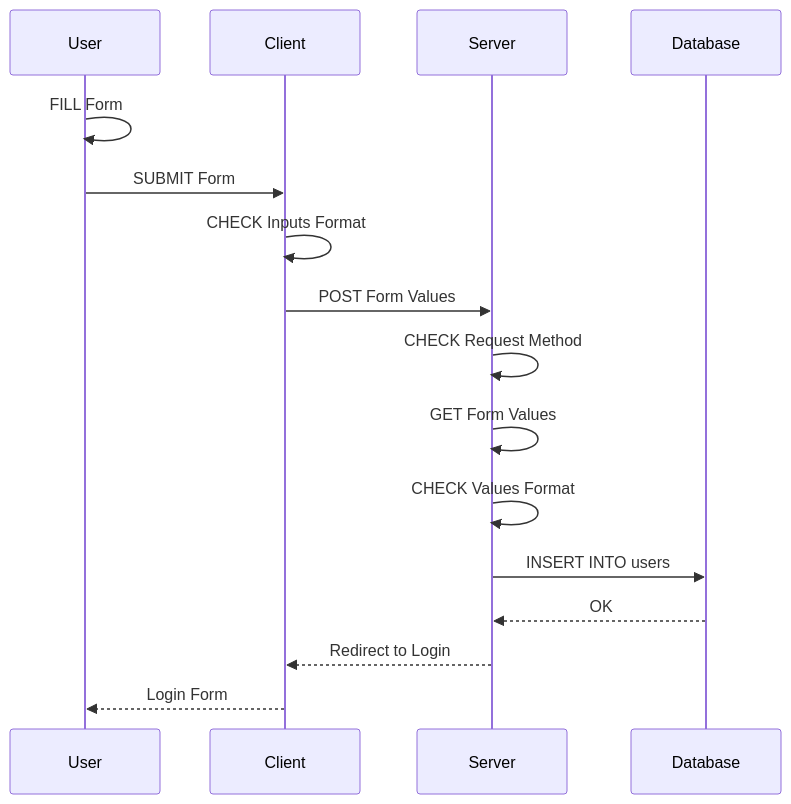
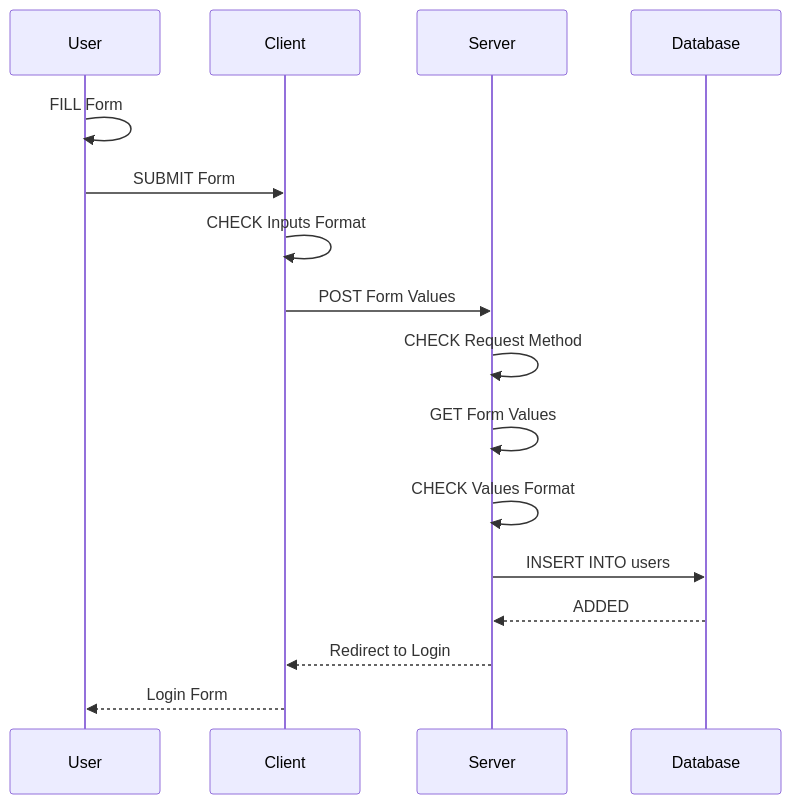
The second of 10 diagrams in README.md (mamadbah2/social-network), drawn with Mermaid before and after one commit. The commit also changed other lines of this file, not shown here.

Commit message:
Chat Sequence Diagram...

````diff
--- a/README.md
+++ b/README.md
@@ -305,19 +305,19 @@
 ```mermaid
 sequenceDiagram
     Participant User
     Participant Client
     Participant Server
     Participant Database
 
     User ->> User: FILL Form
     User ->> Client: SUBMIT Form
     Client ->> Client: CHECK Inputs Format
     Client ->> Server: POST Form Values 
     Server ->> Server: CHECK Request Method
     Server ->> Server: GET Form Values
     Server ->> Server: CHECK Values Format
     Server ->> Database: INSERT INTO users
-    Database -->> Server: OK
+    Database -->> Server: ADDED
     Server -->> Client: Redirect to Login
     Client -->> User: Login Form
 ```
````
